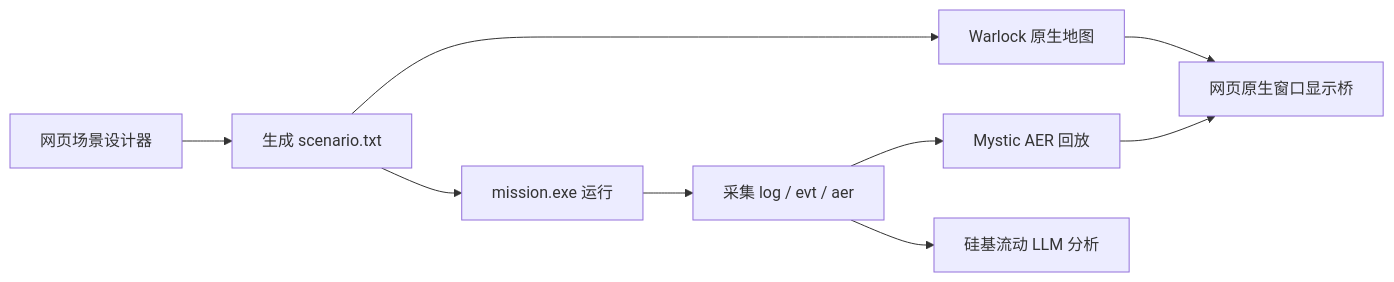
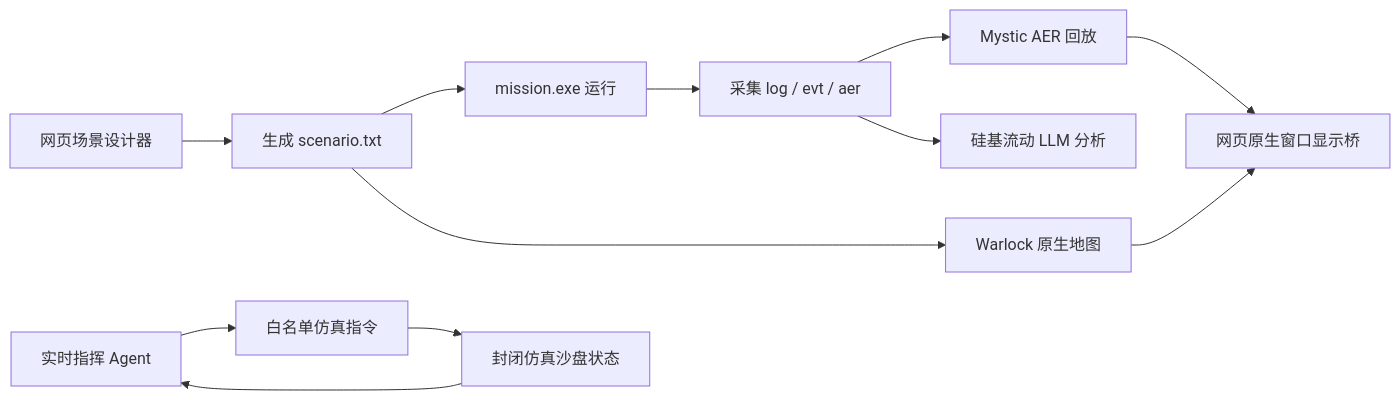
One commit to mxh111/AFSIM changed the diagram in docs/ARCHITECTURE.md. Above: the diagram before and after it, drawn with Mermaid. The commit also changed other lines of this file and 12 other files, not shown here.

````diff
--- a/docs/ARCHITECTURE.md
+++ b/docs/ARCHITECTURE.md
@@ -9,11 +9,14 @@
 ```mermaid
 flowchart LR
   A["网页场景设计器"] --> B["生成 scenario.txt"]
   B --> C["mission.exe 运行"]
   C --> D["采集 log / evt / aer"]
   B --> E["Warlock 原生地图"]
   D --> F["Mystic AER 回放"]
   D --> G["硅基流动 LLM 分析"]
+  I["实时指挥 Agent"] --> J["白名单仿真指令"]
+  J --> K["封闭仿真沙盘状态"]
+  K --> I
   E --> H["网页原生窗口显示桥"]
   F --> H
 ```
````
